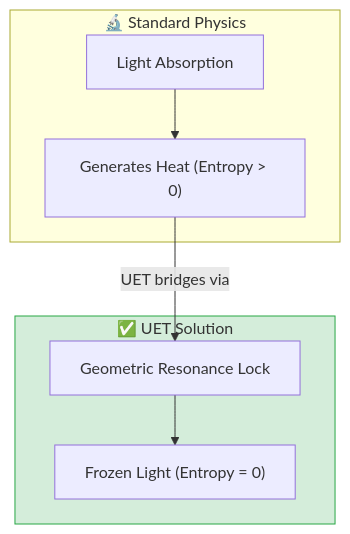
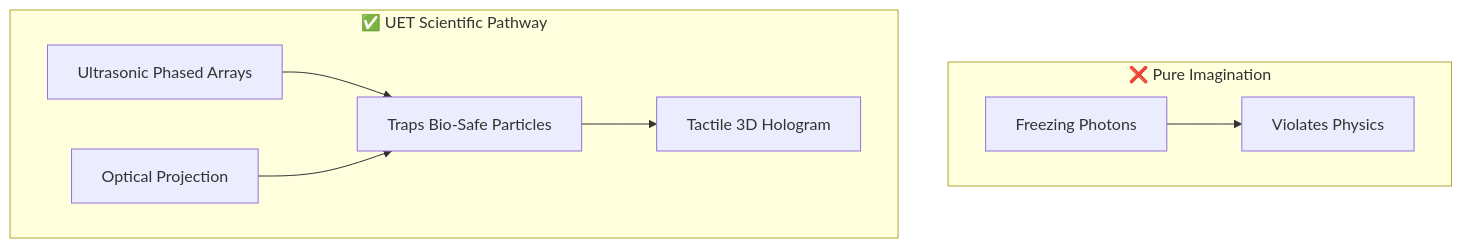
Before and after one commit to ellipszist/unityequilibriumtheory: the diagram in docs/topics/0.27_Cold_Light_Hologram/README.md, drawn with Mermaid. The commit also changed other lines of this file and 2166 other files, not shown here.

````diff
--- a/docs/topics/0.27_Cold_Light_Hologram/README.md
+++ b/docs/topics/0.27_Cold_Light_Hologram/README.md
@@ -46,18 +18,11 @@
 ```mermaid
 graph TB
-    subgraph Standard["🔬 Standard Physics"]
-        Old["Light Absorption"]
-        Limit["Generates Heat (Entropy > 0)"]
+    subgraph Fiction["❌ Pure Imagination"]
+        Magic["Freezing Photons"] --> Impos["Violates Physics"]
     end
-    
-    subgraph UET["✅ UET Solution"]
-        Reformulation["Geometric Resonance Lock"]
-        Result["Frozen Light (Entropy = 0)"]
+    subgraph UET["✅ UET Scientific Pathway"]
+        Acoustic["Ultrasonic Phased Arrays"] --> Levitate["Traps Bio-Safe Particles"]
+        Light["Optical Projection"] --> Levitate
+        Levitate --> Tactile["Tactile 3D Hologram"]
     end
-    
-    Old --> Limit
-    Limit -->|"UET bridges via"| Reformulation
-    Reformulation --> Result
-    
-    style UET fill:#d4edda,stroke:#28a745
 ```
````
